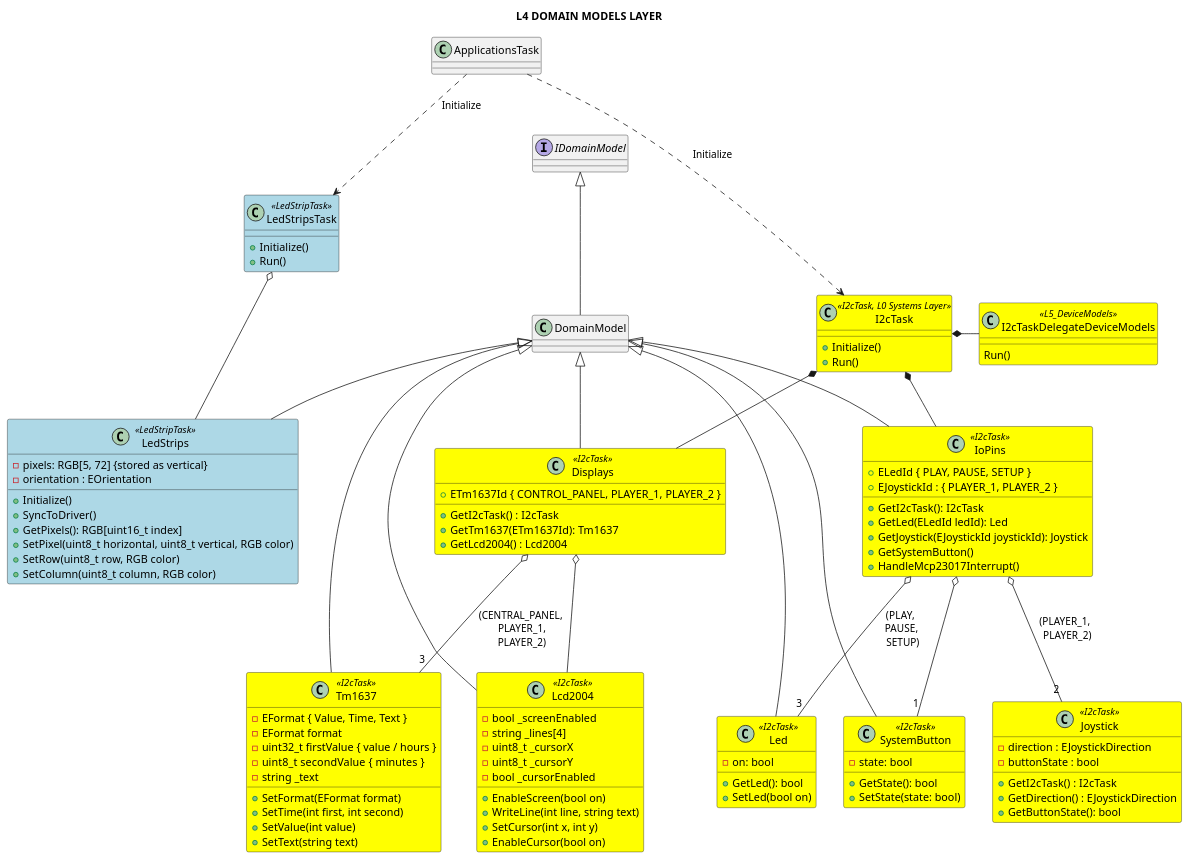
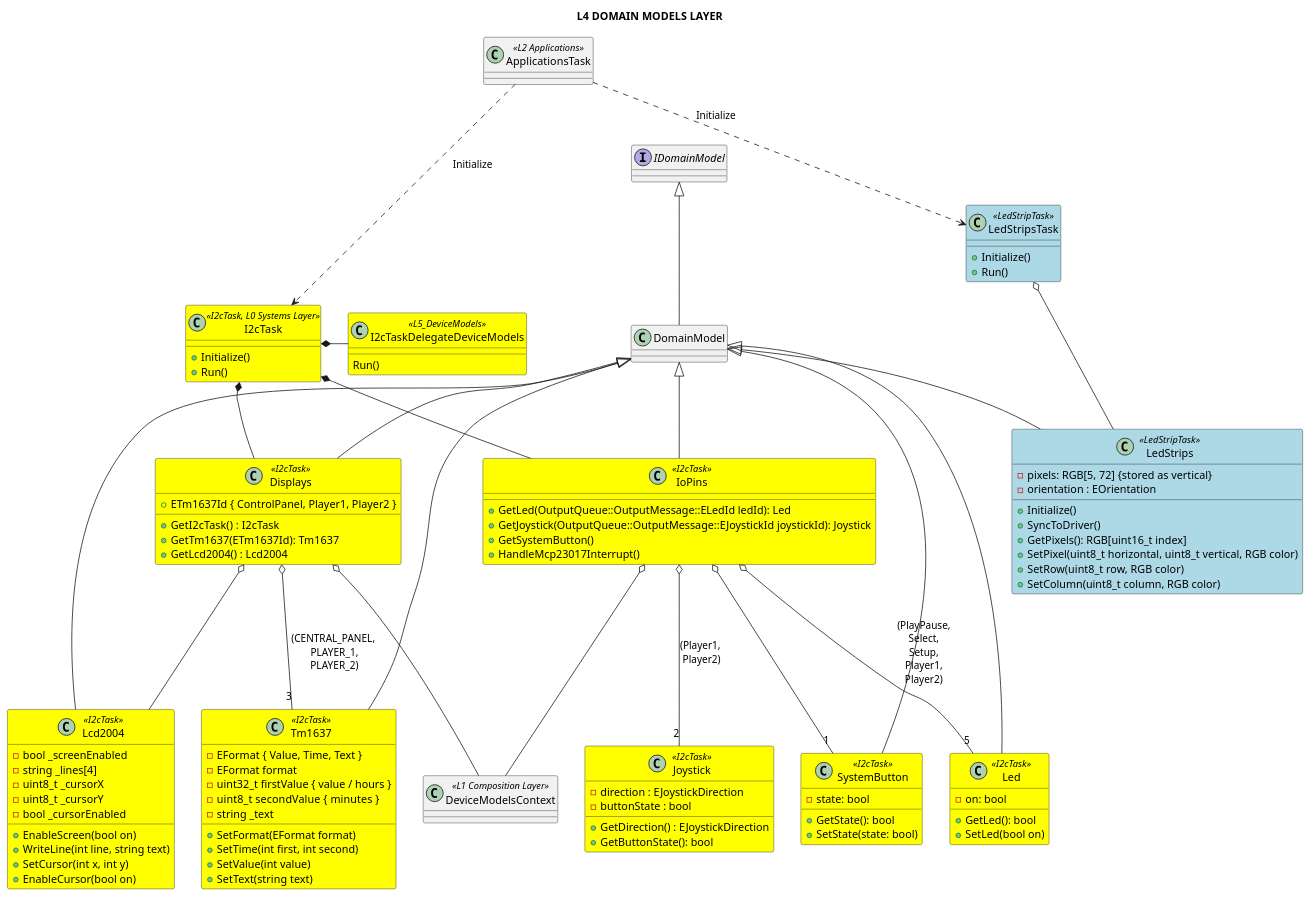
One commit to michelkeijzers/fraxis changed the diagram in Docs/Software Design/Layers/L4_domain_models_layer.puml. Above: the diagram before and after it, drawn with PlantUML. The commit also changed 34 other files, not shown here.

```diff
--- a/Docs/Software Design/Layers/L4_domain_models_layer.puml
+++ b/Docs/Software Design/Layers/L4_domain_models_layer.puml
@@ -1,144 +1,147 @@
 @startuml
 
 title L4 DOMAIN MODELS LAYER
 
 skinparam packageStyle rectangle
 skinparam lineThickness 2
 
 class I2cTask <<I2cTask, L0 Systems Layer>> #yellow
 {
     + Initialize()
     + Run()
 }
 
 I2cTask *-- IoPins
 ApplicationsTask ...> I2cTask : Initialize
 
 class I2cTaskDelegateDeviceModels <<L5_DeviceModels>> #yellow
 {
     Run()
 }
 
 I2cTask *- I2cTaskDelegateDeviceModels
 
 interface IDomainModel 
 {
 }
 
 class DomainModel 
 {
 }
 
 DomainModel -u-|> IDomainModel
 
 class IoPins <<I2cTask>> #yellow
 {
-    + GetI2cTask(): I2cTask
-    + ELedId { PLAY, PAUSE, SETUP }
-    + EJoystickId : { PLAYER_1, PLAYER_2 }
-    + GetLed(ELedId ledId): Led
-    + GetJoystick(EJoystickId joystickId): Joystick
+    + GetLed(OutputQueue::OutputMessage::ELedId ledId): Led
+    + GetJoystick(OutputQueue::OutputMessage::EJoystickId joystickId): Joystick
     + GetSystemButton()
     + HandleMcp23017Interrupt()
 }
 
 IoPins -u-|> DomainModel
 
 class Joystick  <<I2cTask>> #yellow
 {
     - direction : EJoystickDirection
     - buttonState : bool
-    + GetI2cTask() : I2cTask
     + GetDirection() : EJoystickDirection
     + GetButtonState(): bool
 }
 
-IoPins o-- "2" Joystick : (PLAYER_1, \n PLAYER_2)
+IoPins o-- "2" Joystick : (Player1, \nPlayer2)
 
 class SystemButton <<I2cTask>> #yellow
 {
     - state: bool 
     + GetState(): bool 
     + SetState(state: bool) 
 }
 
 SystemButton -u-|> DomainModel
 IoPins o-- "1" SystemButton 
 
 class Displays <<I2cTask>> #yellow
 {
     + GetI2cTask() : I2cTask
-    + ETm1637Id { CONTROL_PANEL, PLAYER_1, PLAYER_2 }
+    + ETm1637Id { ControlPanel, Player1, Player2 }
     + GetTm1637(ETm1637Id): Tm1637
     + GetLcd2004() : Lcd2004
 }
 
 Displays -u-|> DomainModel
 I2cTask *-- Displays
 
 class Led <<I2cTask>> #yellow
 {
     - on: bool
     + GetLed(): bool
     + SetLed(bool on)
 }
 
 Led -u-|> DomainModel
-IoPins o-- "3" Led : (PLAY, \n PAUSE, \n SETUP)
+IoPins o-- "5" Led : (PlayPause,\nSelect,\nSetup,\nPlayer1,\nPlayer2)
 
 class Lcd2004 <<I2cTask>> #yellow
 {
     - bool _screenEnabled
     - string _lines[4]
     - uint8_t _cursorX
     - uint8_t _cursorY
     - bool _cursorEnabled
     + EnableScreen(bool on)
     + WriteLine(int line, string text)
     + SetCursor(int x, int y)
     + EnableCursor(bool on)
 }
 
 Lcd2004 -u-|> DomainModel
 Displays o-- Lcd2004
 
 class Tm1637 <<I2cTask>> #yellow
 {
     - EFormat { Value, Time, Text }
     - EFormat format
     - uint32_t firstValue { value / hours }
     - uint8_t secondValue  { minutes }
     - string _text
     + SetFormat(EFormat format)
     + SetTime(int first, int second) 
     + SetValue(int value)
     + SetText(string text)
 }
 
 Tm1637 -u-|> DomainModel
 Displays o-- "3" Tm1637 : (CENTRAL_PANEL,\n PLAYER_1,\n PLAYER_2)
 
+class DeviceModelsContext <<L1 Composition Layer>> {}
+
+Displays o-- DeviceModelsContext
+IoPins o-- DeviceModelsContext
+
 class LedStripsTask <<LedStripTask>> #lightblue
 {
     + Initialize()
     + Run()
 }
+
+class ApplicationsTask <<L2 Applications>>
 
 ApplicationsTask ..> LedStripsTask : Initialize
 
 class LedStrips  <<LedStripTask>> #lightblue
 {
     - pixels: RGB[5, 72] {stored as vertical}
     - orientation : EOrientation
     + Initialize()
     + SyncToDriver()
     + GetPixels(): RGB[uint16_t index]
     + SetPixel(uint8_t horizontal, uint8_t vertical, RGB color)
     + SetRow(uint8_t row, RGB color)
     + SetColumn(uint8_t column, RGB color)
 }
 
 LedStrips -u-|> DomainModel
 LedStripsTask o- LedStrips
 
 @enduml
```
